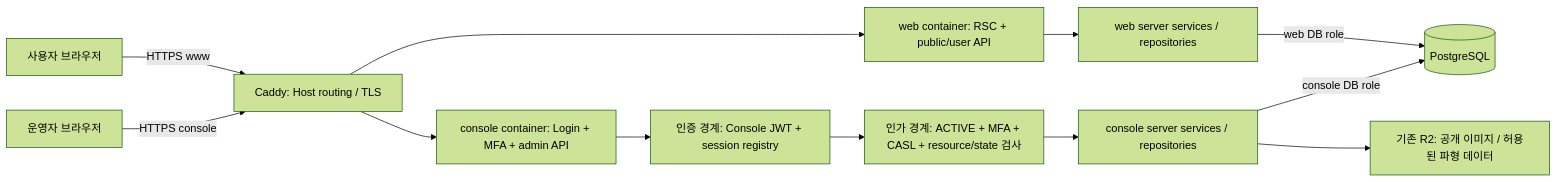
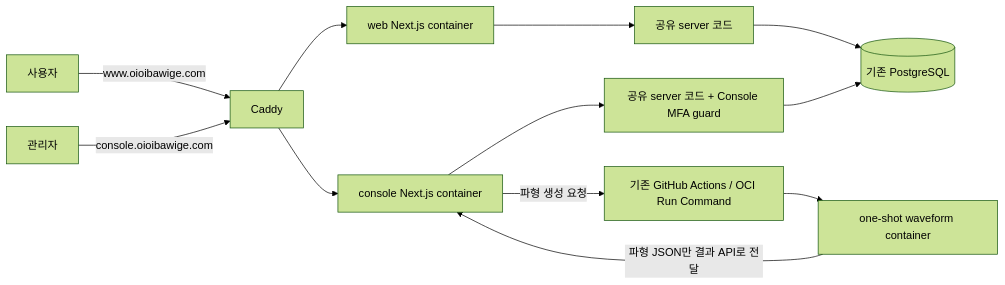
Before and after one commit to goldmayo/oioi-bwg: the diagram in docs/migration/implementation/console-guide-editor/DESIGN.md, drawn with Mermaid (forest theme). The commit also changed other lines of this file and 3 other files, not shown here.

````diff
--- a/docs/migration/implementation/console-guide-editor/DESIGN.md
+++ b/docs/migration/implementation/console-guide-editor/DESIGN.md
@@ -87,14 +32,14 @@
 ```mermaid
 flowchart LR
-  U[사용자 브라우저] -->|HTTPS www| P[Caddy: Host routing / TLS]
-  A[운영자 브라우저] -->|HTTPS console| P
-  P --> W[web container: RSC + public/user API]
-  P --> C[console container: Login + MFA + admin API]
-  C --> I[인증 경계: Console JWT + session registry]
-  I --> Z[인가 경계: ACTIVE + MFA + CASL + resource/state 검사]
-  W --> WS[web server services / repositories]
-  Z --> CS[console server services / repositories]
-  WS -->|web DB role| DB[(PostgreSQL)]
-  CS -->|console DB role| DB
-  CS --> R2[기존 R2: 공개 이미지 / 허용된 파형 데이터]
+  U[사용자] -->|www.oioibawige.com| P[Caddy]
+  A[관리자] -->|console.oioibawige.com| P
+  P --> W[web Next.js container]
+  P --> C[console Next.js container]
+  W --> WS[공유 server 코드]
+  C --> CS[공유 server 코드 + Console MFA guard]
+  WS --> DB[(기존 PostgreSQL)]
+  CS --> DB
+  C -->|파형 생성 요청| O[기존 GitHub Actions / OCI Run Command]
+  O --> J[one-shot waveform container]
+  J -->|파형 JSON만 결과 API로 전달| C
 ```
````
